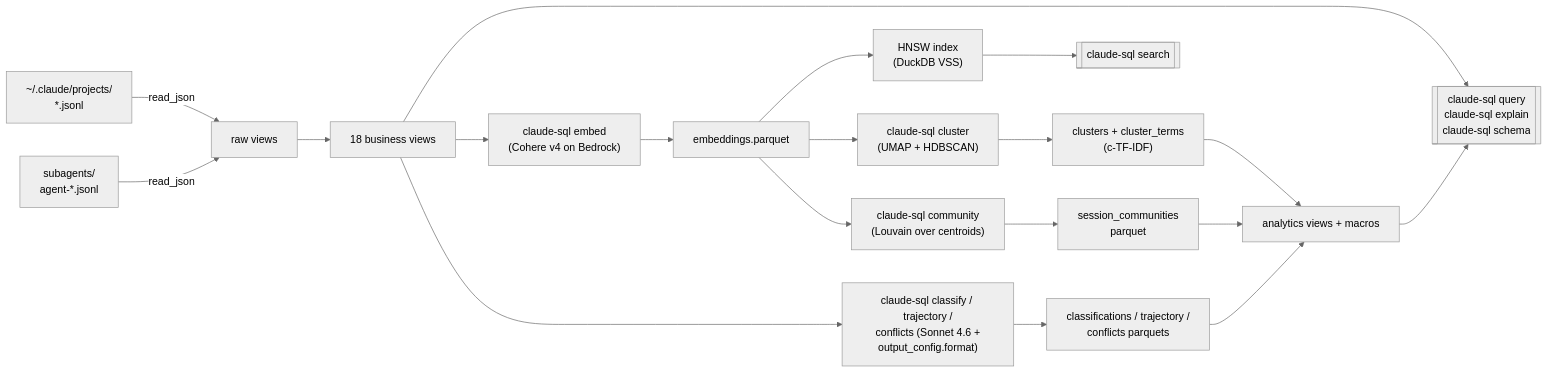
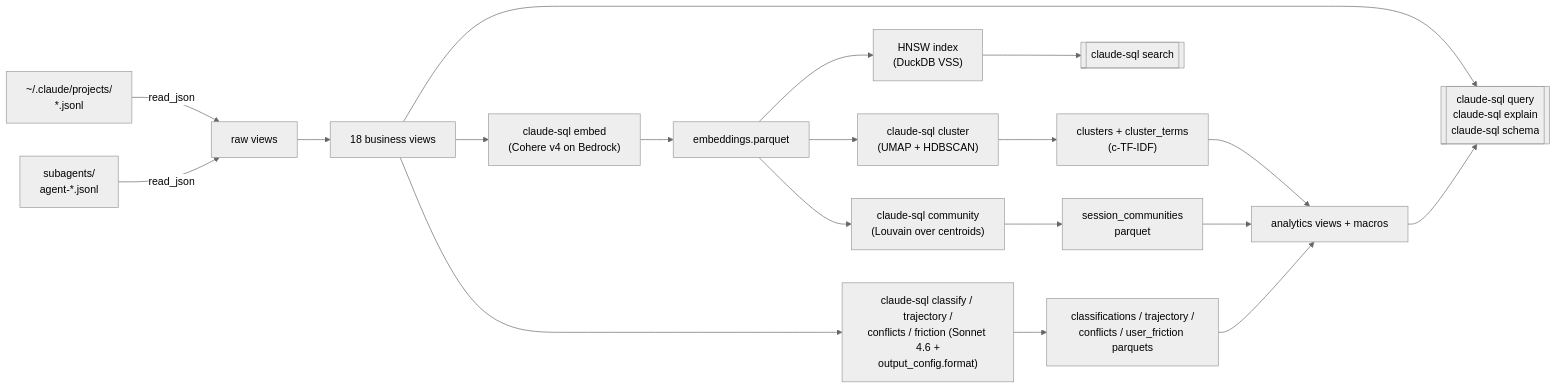
One commit to theagenticguy/claude-sql changed the diagram in README.md. Above: the diagram before and after it, drawn with Mermaid (neutral theme). The commit also changed other lines of this file and 5 other files, not shown here.

````diff
--- a/README.md
+++ b/README.md
@@ -49,21 +57,21 @@
 ```mermaid
 flowchart LR
     J["~/.claude/projects/<br/>*.jsonl"] -->|read_json| R[raw views]
     J2["subagents/<br/>agent-*.jsonl"] -->|read_json| R
     R --> V[18 business views]
     V --> Q[["claude-sql query<br/>claude-sql explain<br/>claude-sql schema"]]
     V --> E["claude-sql embed<br/>(Cohere v4 on Bedrock)"]
     E --> P["embeddings.parquet"]
     P --> H["HNSW index<br/>(DuckDB VSS)"]
     H --> S[["claude-sql search"]]
-    V --> L["claude-sql classify / trajectory /<br/>conflicts (Sonnet 4.6 +<br/>output_config.format)"]
-    L --> PA["classifications / trajectory /<br/>conflicts parquets"]
+    V --> L["claude-sql classify / trajectory /<br/>conflicts / friction (Sonnet 4.6 +<br/>output_config.format)"]
+    L --> PA["classifications / trajectory /<br/>conflicts / user_friction parquets"]
     P --> C["claude-sql cluster<br/>(UMAP + HDBSCAN)"]
     C --> PC["clusters + cluster_terms<br/>(c-TF-IDF)"]
     P --> CM["claude-sql community<br/>(Louvain over centroids)"]
     CM --> PM["session_communities<br/>parquet"]
     PA --> AV[analytics views + macros]
     PC --> AV
     PM --> AV
     AV --> Q
 ```
````
